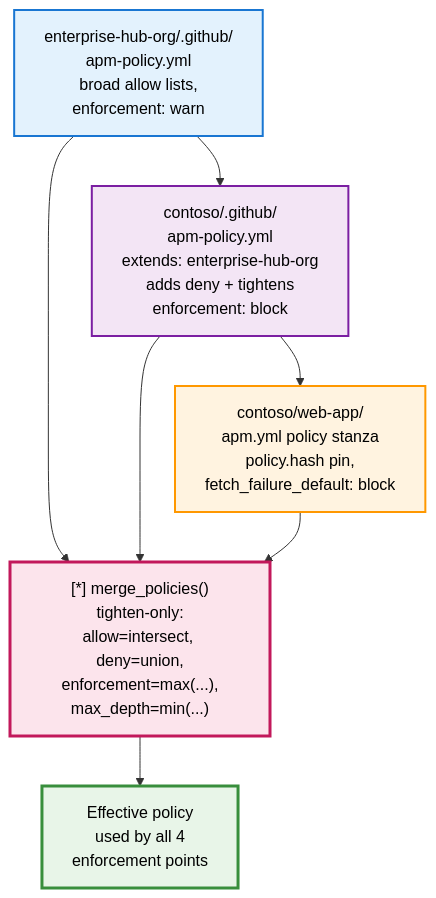
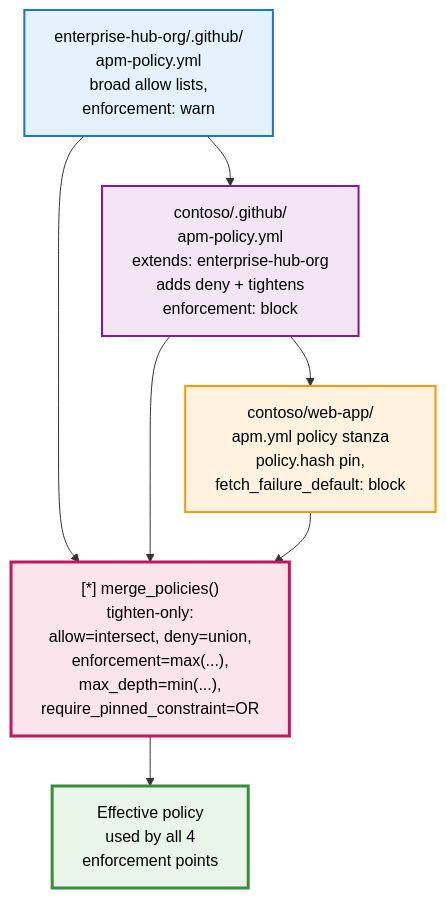
One commit to abhinavgautam01/apm changed the second of 4 diagrams in docs/src/content/docs/enterprise/governance-guide.md. Above: the diagram before and after it, drawn with Mermaid. The commit also changed other lines of this file and 19 other files, not shown here.

First line of the commit message:
feat(policy): require_pinned_constraint to ban unbounded dep ranges (#1494)

````diff
--- a/docs/src/content/docs/enterprise/governance-guide.md
+++ b/docs/src/content/docs/enterprise/governance-guide.md
@@ -184,15 +185,15 @@
 ```mermaid
 graph TD
     Hub["enterprise-hub-org/.github/<br/>apm-policy.yml<br/>broad allow lists,<br/>enforcement: warn"] --> Org["contoso/.github/<br/>apm-policy.yml<br/>extends: enterprise-hub-org<br/>adds deny + tightens<br/>enforcement: block"]
     Org --> Repo["contoso/web-app/<br/>apm.yml policy stanza<br/>policy.hash pin,<br/>fetch_failure_default: block"]
-    Hub --> Merge["[*] merge_policies()<br/>tighten-only:<br/>allow=intersect, deny=union,<br/>enforcement=max(...),<br/>max_depth=min(...)"]
+    Hub --> Merge["[*] merge_policies()<br/>tighten-only:<br/>allow=intersect, deny=union,<br/>enforcement=max(...),<br/>max_depth=min(...),<br/>require_pinned_constraint=OR"]
     Org --> Merge
     Repo --> Merge
     Merge --> Effective["Effective policy<br/>used by all 4<br/>enforcement points"]
 
     style Hub fill:#e3f2fd,stroke:#1976d2,stroke-width:2px,color:#000
     style Org fill:#f3e5f5,stroke:#7b1fa2,stroke-width:2px,color:#000
     style Repo fill:#fff3e0,stroke:#ff9800,stroke-width:2px,color:#000
     style Merge fill:#fce4ec,stroke:#c2185b,stroke-width:3px,color:#000
     style Effective fill:#e8f5e8,stroke:#388e3c,stroke-width:3px,color:#000
 ```
````
